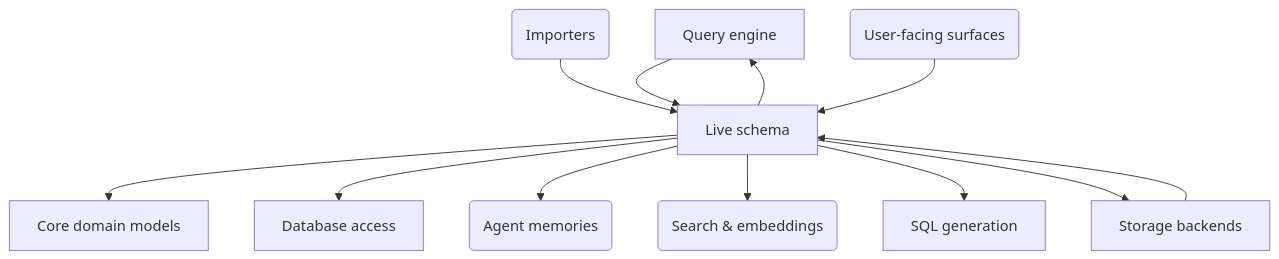
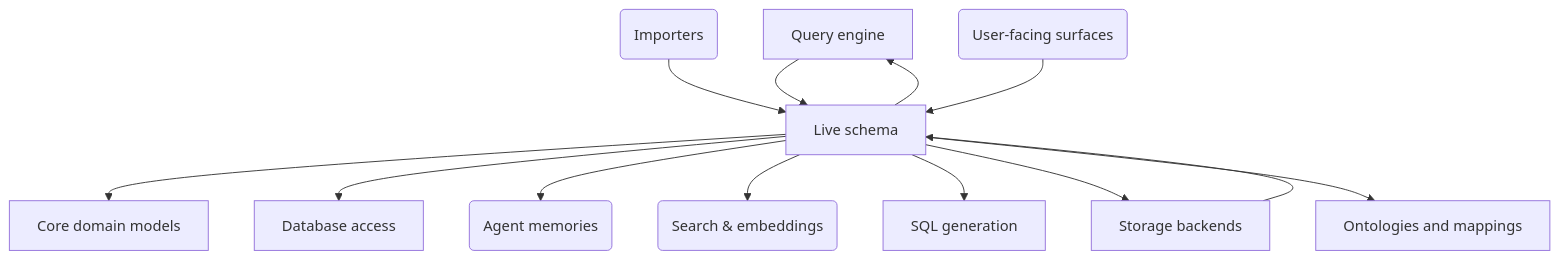
Before and after one commit to MotleyAI/slayer: the diagram in architecture/python.live_schema.arc42.md, drawn with Mermaid. The commit also changed 37 other files, not shown here.

````diff
--- a/architecture/python.live_schema.arc42.md
+++ b/architecture/python.live_schema.arc42.md
@@ -17,25 +17,27 @@
 ```mermaid
 flowchart TD
   %% live_schema_focus: Live schema in context
   core["Core domain models"]
   sql["SQL generation"]
   engine["Query engine"]
   database["Database access"]
   live_schema["Live schema"]
   storage["Storage backends"]
+  ontology["Ontologies and mappings"]
   importers("Importers")
   search("Search & embeddings")
   memories("Agent memories")
   surfaces("User-facing surfaces")
   engine --> live_schema
   importers --> live_schema
   live_schema --> core
   live_schema --> database
   live_schema --> engine
   live_schema --> memories
   live_schema --> search
   live_schema --> sql
   live_schema --> storage
   storage --> live_schema
   surfaces --> live_schema
+  live_schema --> ontology
 ```
````
